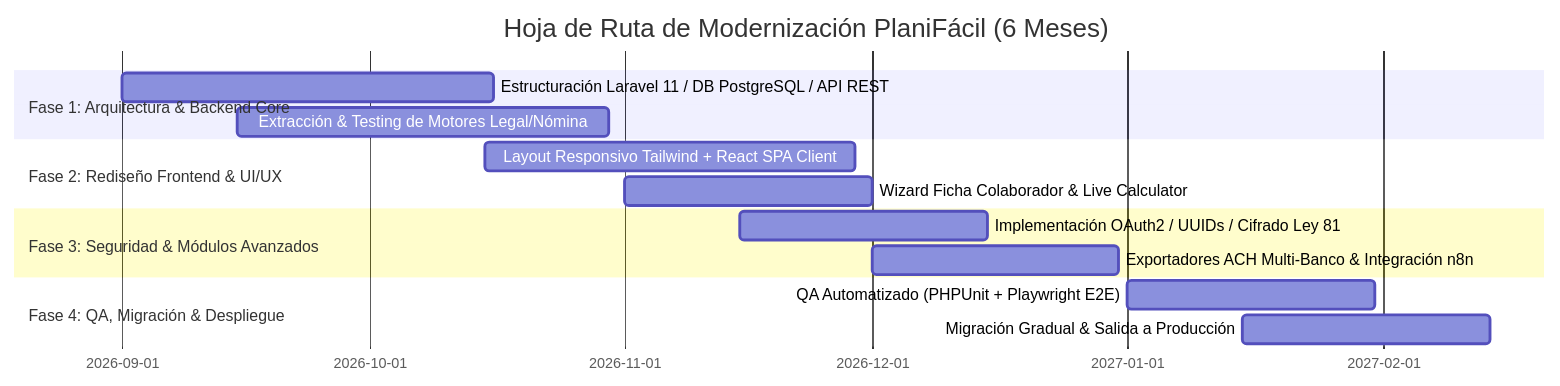
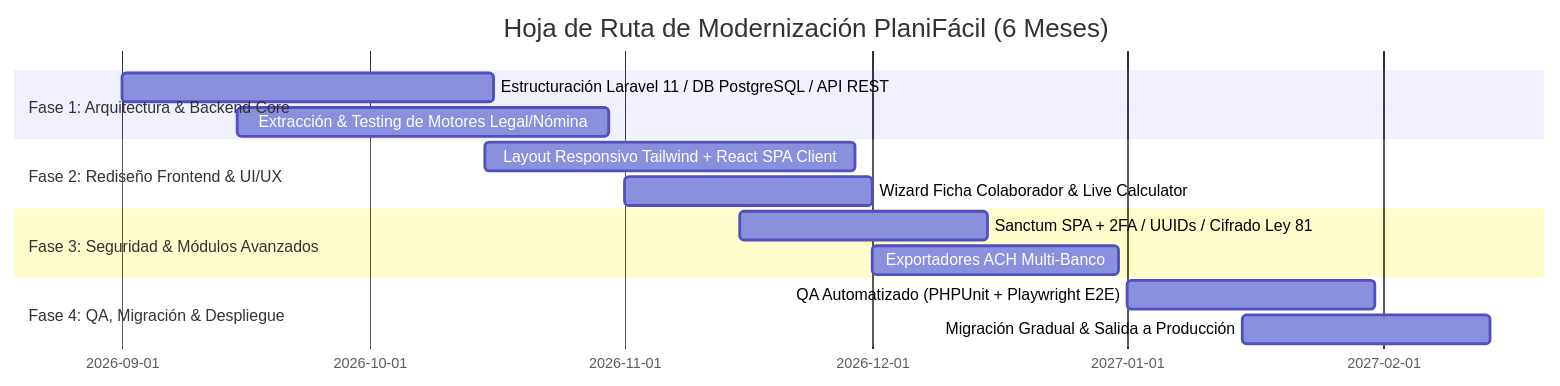
The fifth of 5 diagrams in docs/nomix/01_propuesta_mejora_planifacil.md (ba2sai/nomix), drawn with Mermaid before and after one commit. The commit also changed other lines of this file and 2 other files, not shown here.

````diff
--- a/docs/nomix/01_propuesta_mejora_planifacil.md
+++ b/docs/nomix/01_propuesta_mejora_planifacil.md
@@ -209,17 +216,17 @@
 ```mermaid
 gantt
     title Hoja de Ruta de Modernización PlaniFácil (6 Meses)
     dateFormat  YYYY-MM-DD
     section Fase 1: Arquitectura & Backend Core
     Estructuración Laravel 11 / DB PostgreSQL / API REST :2026-09-01, 45d
     Extracción & Testing de Motores Legal/Nómina        :2026-09-15, 45d
     section Fase 2: Rediseño Frontend & UI/UX
     Layout Responsivo Tailwind + React SPA Client       :2026-10-15, 45d
     Wizard Ficha Colaborador & Live Calculator          :2026-11-01, 30d
     section Fase 3: Seguridad & Módulos Avanzados
-    Implementación OAuth2 / UUIDs / Cifrado Ley 81      :2026-11-15, 30d
-    Exportadores ACH Multi-Banco & Integración n8n      :2026-12-01, 30d
+    Sanctum SPA + 2FA / UUIDs / Cifrado Ley 81          :2026-11-15, 30d
+    Exportadores ACH Multi-Banco                         :2026-12-01, 30d
     section Fase 4: QA, Migración & Despliegue
     QA Automatizado (PHPUnit + Playwright E2E)          :2027-01-01, 30d
     Migración Gradual & Salida a Producción             :2027-01-15, 30d
 ```
````
